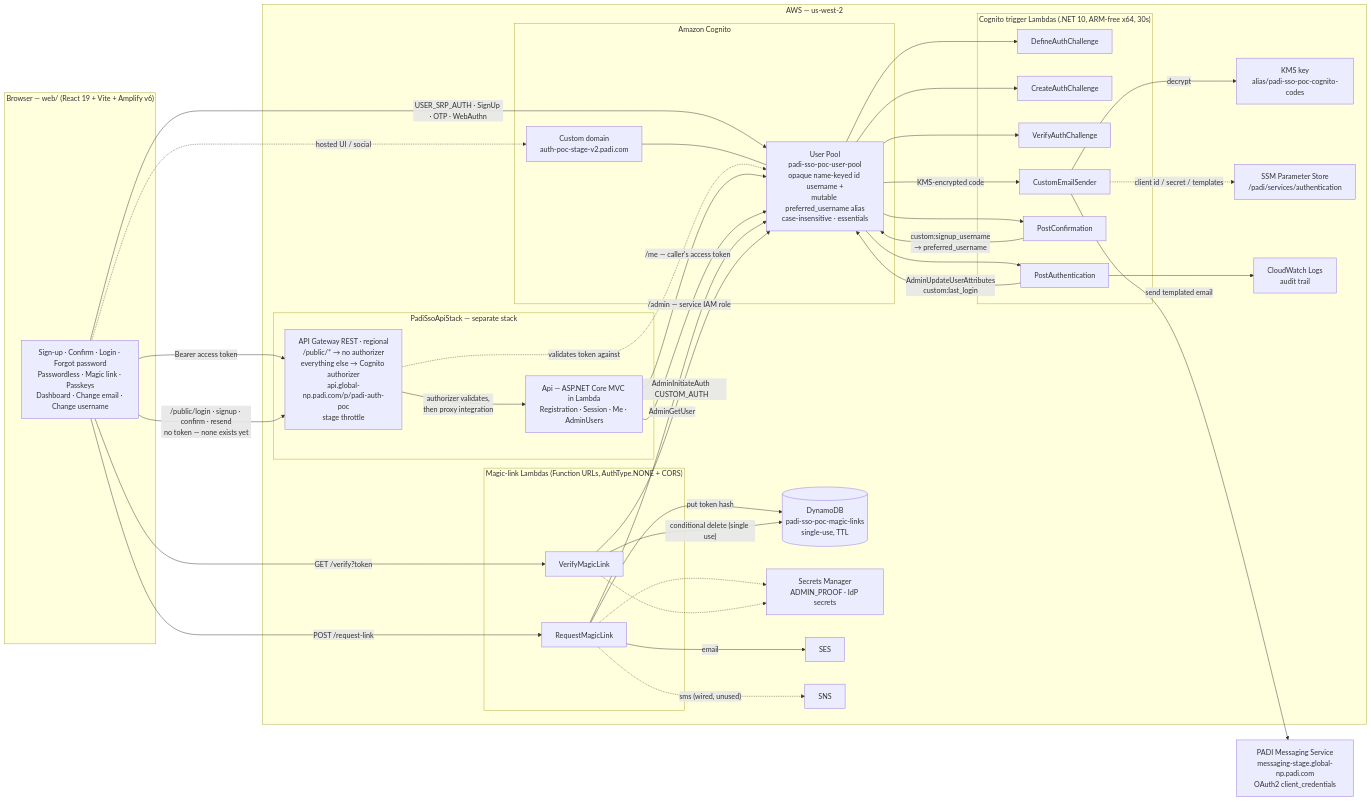
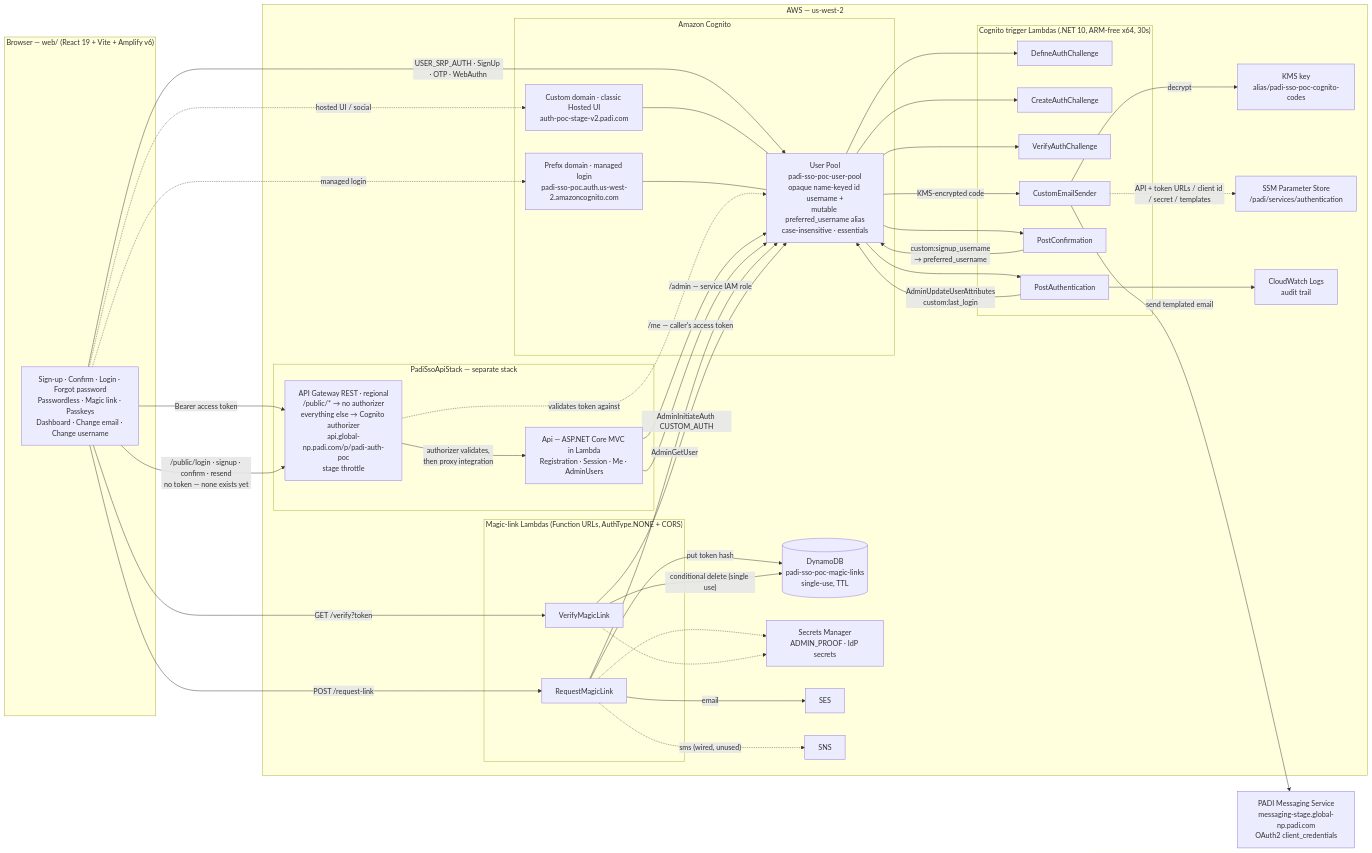
Before and after one commit to minhthanhnguyen/PADISSOPOC: the first of 6 diagrams in PADISSOPOC/docs/architecture.md, drawn with Mermaid. The commit also changed other lines of this file and 6 other files, not shown here.

Commit message:
Messaging API param changes; managed login domain

````diff
--- a/PADISSOPOC/docs/architecture.md
+++ b/PADISSOPOC/docs/architecture.md
@@ -20,7 +20,8 @@
     subgraph aws["AWS — us-west-2"]
         subgraph idp["Amazon Cognito"]
             POOL["User Pool<br/>padi-sso-poc-user-pool<br/>opaque name-keyed id username +<br/>mutable preferred_username alias<br/>case-insensitive · essentials"]
-            DOMAIN["Custom domain<br/>auth-poc-stage-v2.padi.com"]
+            DOMAIN["Custom domain · classic Hosted UI<br/>auth-poc-stage-v2.padi.com"]
+            PREFIXDOMAIN["Prefix domain · managed login<br/>padi-sso-poc.auth.us-west-2.amazoncognito.com"]
         end
 
         subgraph triggers["Cognito trigger Lambdas (.NET 10, ARM-free x64, 30s)"]
@@ -56,6 +57,8 @@
     UI -->|"USER_SRP_AUTH · SignUp · OTP · WebAuthn"| POOL
     UI -.->|"hosted UI / social"| DOMAIN
     DOMAIN --- POOL
+    UI -.->|"managed login"| PREFIXDOMAIN
+    PREFIXDOMAIN --- POOL
 
     POOL --> DEFINE
     POOL --> CREATE
@@ -88,7 +91,7 @@
     VER -->|"conditional delete (single use)"| DDB
     VER -->|"AdminInitiateAuth CUSTOM_AUTH"| POOL
 
-    EMAILSENDER -.->|"client id / secret / templates"| SSM
+    EMAILSENDER -.->|"API + token URLs / client id / secret / templates"| SSM
     REQ -.-> SM
     VER -.-> SM
 ```
````
